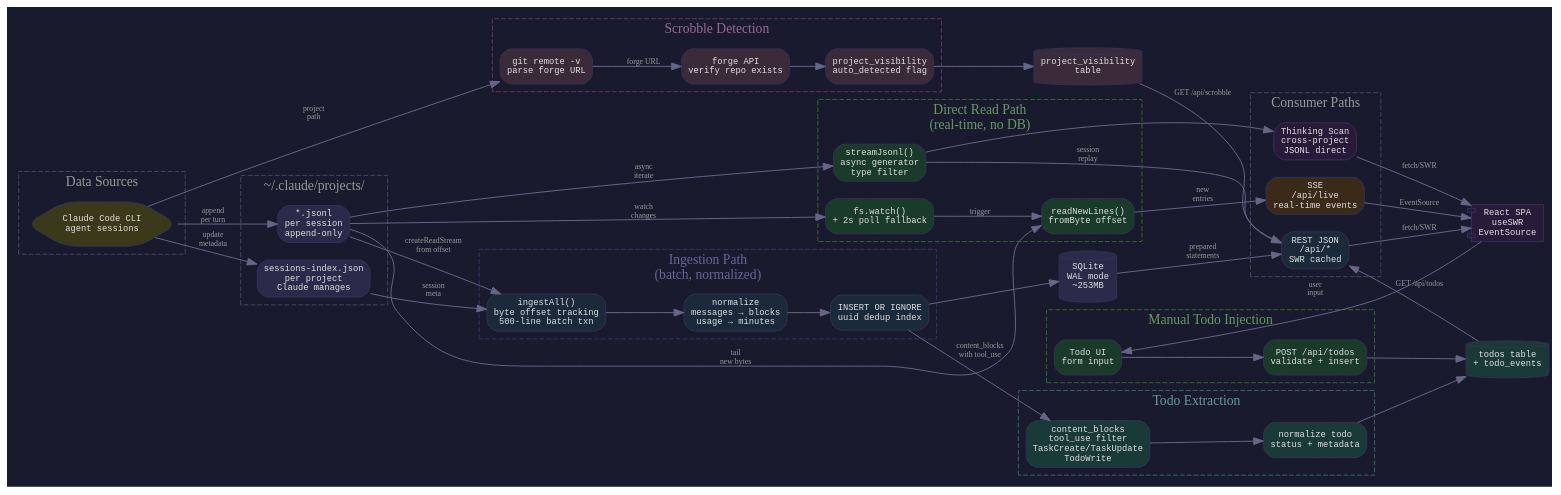
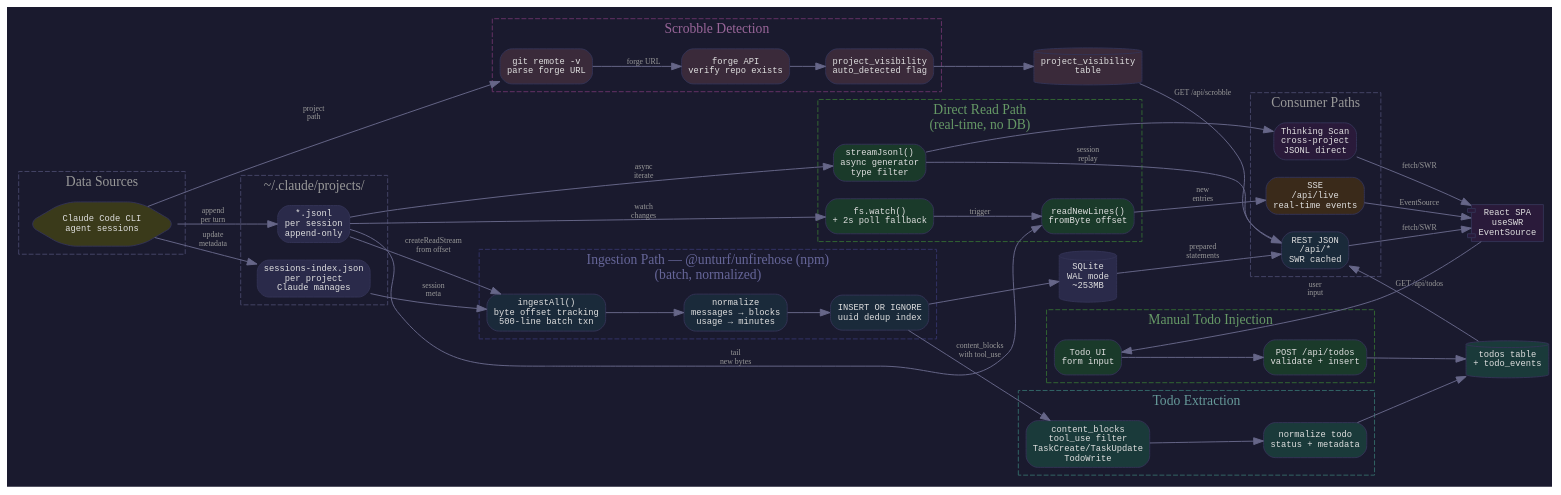
One commit to russellballestrini/claude_sexy_logger changed the diagram in docs/dataflow.dot. Above: the diagram before and after it, drawn with Graphviz. The commit also changed 12 other files, not shown here.

First line of the commit message:
Update all docs, diagrams, and READMEs with @unturf npm package links

```diff
--- a/docs/dataflow.dot
+++ b/docs/dataflow.dot
@@ -1,150 +1,150 @@
 digraph dataflow {
   rankdir=LR
   bgcolor="#1a1a2e"
   fontcolor="#e0e0e0"
   node [shape=box style="filled,rounded" fontname="monospace" fontsize=9 color="#333355" fontcolor="#e0e0e0"]
   edge [color="#666688" fontcolor="#999999" fontsize=8]
 
   // Sources
   subgraph cluster_source {
     label="Data Sources"
     style=dashed
     color="#444466"
     fontcolor="#999999"
 
     claude_code [label="Claude Code CLI\nagent sessions" fillcolor="#3a3a1a" shape=hexagon]
   }
 
   // Raw files
   subgraph cluster_files {
     label="~/.claude/projects/"
     style=dashed
     color="#444466"
     fontcolor="#999999"
 
     jsonl_files [label="*.jsonl\nper session\nappend-only" fillcolor="#2a2a4a"]
     index_files [label="sessions-index.json\nper project\nClaude manages" fillcolor="#2a2a4a"]
   }
 
   // Two read paths
   subgraph cluster_direct {
     label="Direct Read Path\n(real-time, no DB)"
     style=dashed
     color="#336633"
     fontcolor="#669966"
 
     stream_jsonl [label="streamJsonl()\nasync generator\ntype filter" fillcolor="#1a3a2a"]
     fs_watch [label="fs.watch()\n+ 2s poll fallback" fillcolor="#1a3a2a"]
     byte_tail [label="readNewLines()\nfromByte offset" fillcolor="#1a3a2a"]
   }
 
   subgraph cluster_ingest_path {
-    label="Ingestion Path\n(batch, normalized)"
+    label="Ingestion Path — @unturf/unfirehose (npm)\n(batch, normalized)"
     style=dashed
     color="#333366"
     fontcolor="#666699"
 
     ingest [label="ingestAll()\nbyte offset tracking\n500-line batch txn" fillcolor="#1a2a3a"]
     normalize [label="normalize\nmessages → blocks\nusage → minutes" fillcolor="#1a2a3a"]
     dedup [label="INSERT OR IGNORE\nuuid dedup index" fillcolor="#1a2a3a"]
   }
 
   // Storage
   sqlite [label="SQLite\nWAL mode\n~253MB" fillcolor="#2a2a4a" shape=cylinder]
 
   // Outputs
   subgraph cluster_output {
     label="Consumer Paths"
     style=dashed
     color="#444466"
     fontcolor="#999999"
 
     sse [label="SSE\n/api/live\nreal-time events" fillcolor="#3a2a1a"]
     rest [label="REST JSON\n/api/*\nSWR cached" fillcolor="#1a2a3a"]
     thinking_scan [label="Thinking Scan\ncross-project\nJSONL direct" fillcolor="#2a1a3a"]
   }
 
   // Todo extraction
   subgraph cluster_todo {
     label="Todo Extraction"
     style=dashed
     color="#336666"
     fontcolor="#669999"
 
     tool_use_scan [label="content_blocks\ntool_use filter\nTaskCreate/TaskUpdate\nTodoWrite" fillcolor="#1a3a3a"]
     todo_normalize [label="normalize todo\nstatus + metadata" fillcolor="#1a3a3a"]
   }
 
   // Scrobble detection
   subgraph cluster_scrobble {
     label="Scrobble Detection"
     style=dashed
     color="#663366"
     fontcolor="#996699"
 
     git_remote [label="git remote -v\nparse forge URL" fillcolor="#3a2a3a"]
     forge_verify [label="forge API\nverify repo exists" fillcolor="#3a2a3a"]
     vis_store [label="project_visibility\nauto_detected flag" fillcolor="#3a2a3a"]
   }
 
   // Manual todo injection
   subgraph cluster_inject {
     label="Manual Todo Injection"
     style=dashed
     color="#336633"
     fontcolor="#669966"
 
     todo_ui [label="Todo UI\nform input" fillcolor="#1a3a2a"]
     todo_api [label="POST /api/todos\nvalidate + insert" fillcolor="#1a3a2a"]
   }
 
   // Storage
   todos_table [label="todos table\n+ todo_events" fillcolor="#1a3a3a" shape=cylinder]
   vis_table [label="project_visibility\ntable" fillcolor="#3a2a3a" shape=cylinder]
 
   // Browser
   browser [label="React SPA\nuseSWR\nEventSource" fillcolor="#2a1a3a" shape=component]
 
   // Flow
   claude_code -> jsonl_files [label="append\nper turn"]
   claude_code -> index_files [label="update\nmetadata"]
 
   // Direct path
   jsonl_files -> stream_jsonl [label="async\niterate"]
   jsonl_files -> fs_watch [label="watch\nchanges"]
   jsonl_files -> byte_tail [label="tail\nnew bytes"]
   stream_jsonl -> thinking_scan
   stream_jsonl -> rest [label="session\nreplay"]
   fs_watch -> byte_tail [label="trigger"]
   byte_tail -> sse [label="new\nentries"]
 
   // Ingest path
   jsonl_files -> ingest [label="createReadStream\nfrom offset"]
   index_files -> ingest [label="session\nmeta"]
   ingest -> normalize -> dedup -> sqlite
 
   // DB to API
   sqlite -> rest [label="prepared\nstatements"]
 
   // Todo extraction flow
   dedup -> tool_use_scan [label="content_blocks\nwith tool_use"]
   tool_use_scan -> todo_normalize -> todos_table
 
   // Scrobble detection flow
   claude_code -> git_remote [label="project\npath"]
   git_remote -> forge_verify [label="forge URL"]
   forge_verify -> vis_store -> vis_table
 
   // Manual todo injection flow
   browser -> todo_ui [label="user\ninput"]
   todo_ui -> todo_api -> todos_table
 
   // New tables -> API -> browser
   todos_table -> rest [label="GET /api/todos"]
   vis_table -> rest [label="GET /api/scrobble"]
 
   // To browser
   sse -> browser [label="EventSource"]
   rest -> browser [label="fetch/SWR"]
   thinking_scan -> browser [label="fetch/SWR"]
 }
```
